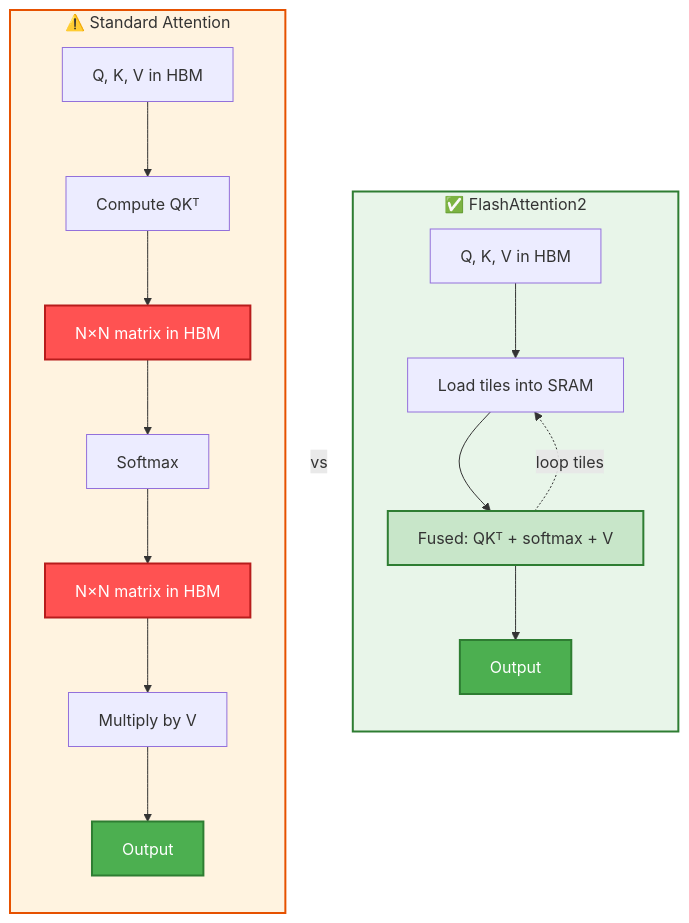
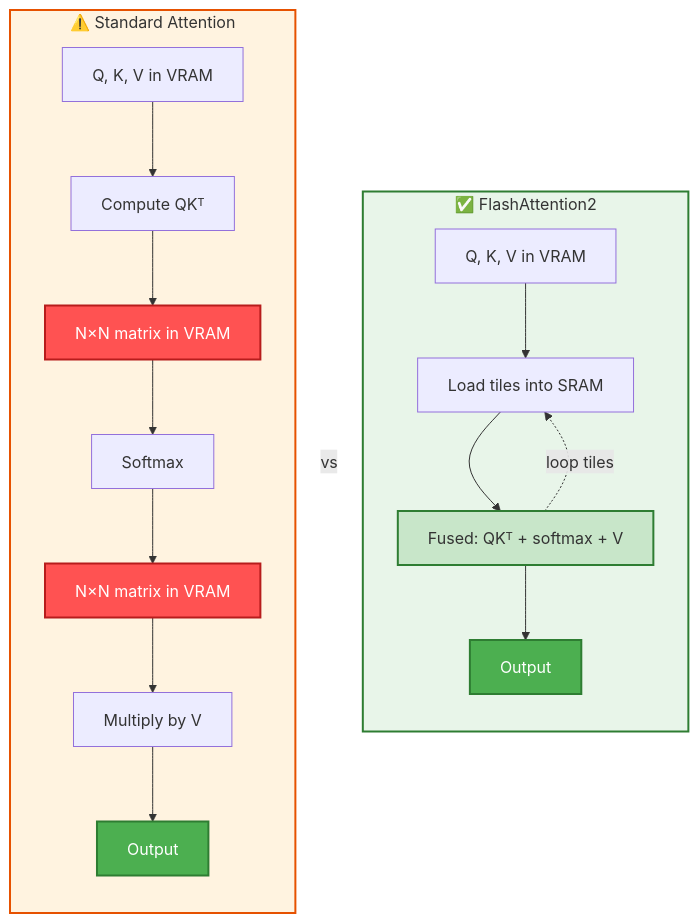
One commit to tmnestor/LMM_POC changed the fourth of 6 diagrams in docs/standard_vs_flash_attention.md. Above: the diagram before and after it, drawn with Mermaid. The commit also changed other lines of this file, not shown here.

Commit message:
🐛 fix: replace HBM with VRAM (GDDR6X) for A10G accuracy in attention diagrams

````diff
--- a/docs/standard_vs_flash_attention.md
+++ b/docs/standard_vs_flash_attention.md
@@ -96,30 +96,30 @@
 ```mermaid
 flowchart LR
     subgraph Standard["⚠️ Standard Attention"]
         direction TB
-        S_Q["Q, K, V in HBM"] --> S_attn["Compute QKᵀ"]
-        S_attn --> S_NxN["N×N matrix in HBM"]
+        S_Q["Q, K, V in VRAM"] --> S_attn["Compute QKᵀ"]
+        S_attn --> S_NxN["N×N matrix in VRAM"]
         S_NxN --> S_soft["Softmax"]
-        S_soft --> S_NxN2["N×N matrix in HBM"]
+        S_soft --> S_NxN2["N×N matrix in VRAM"]
         S_NxN2 --> S_mul["Multiply by V"]
         S_mul --> S_out["Output"]
     end
 
     Standard ~~~|"vs"| Flash
 
     subgraph Flash["✅ FlashAttention2"]
         direction TB
-        F_Q["Q, K, V in HBM"] --> F_tile["Load tiles into SRAM"]
+        F_Q["Q, K, V in VRAM"] --> F_tile["Load tiles into SRAM"]
         F_tile --> F_fused["Fused: QKᵀ + softmax + V"]
         F_fused -.->|"loop tiles"| F_tile
         F_fused --> F_out["Output"]
     end
 
     style S_NxN fill:#FF5252,color:#fff,stroke:#B71C1C,stroke-width:2px
     style S_NxN2 fill:#FF5252,color:#fff,stroke:#B71C1C,stroke-width:2px
     style S_out fill:#4CAF50,color:#fff,stroke:#2E7D32,stroke-width:2px
     style F_out fill:#4CAF50,color:#fff,stroke:#2E7D32,stroke-width:2px
     style F_fused fill:#C8E6C9,stroke:#2E7D32,stroke-width:2px
     style Standard fill:#FFF3E0,stroke:#E65100,stroke-width:2px
     style Flash fill:#E8F5E9,stroke:#2E7D32,stroke-width:2px
 ```
````
